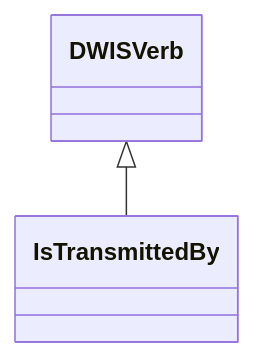
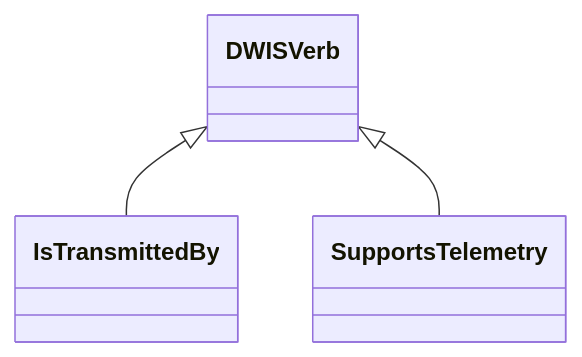
Diagram 12 of 15 in docs/vocabulary_development/auto-generated/md/definition-files/DataTransmission.md (D-WIS/DDHub-Semantic-Interoperability), drawn with Mermaid before and after one commit. The commit also changed other lines of this file and 32 other files, not shown here.

````diff
--- a/docs/vocabulary_development/auto-generated/md/definition-files/DataTransmission.md
+++ b/docs/vocabulary_development/auto-generated/md/definition-files/DataTransmission.md
@@ -378,4 +378,5 @@
 ```mermaid
 classDiagram
 DWISVerb <|-- IsTransmittedBy
+DWISVerb <|-- SupportsTelemetry
 ```
````
